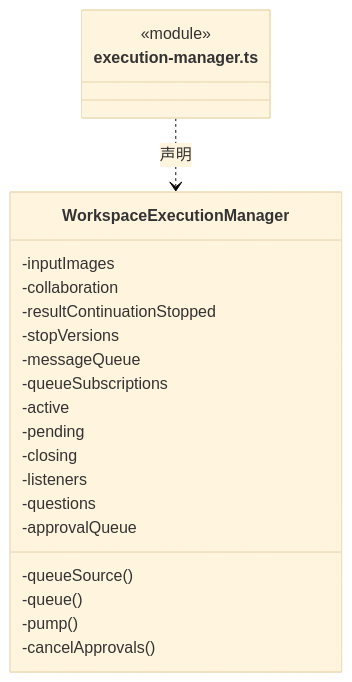
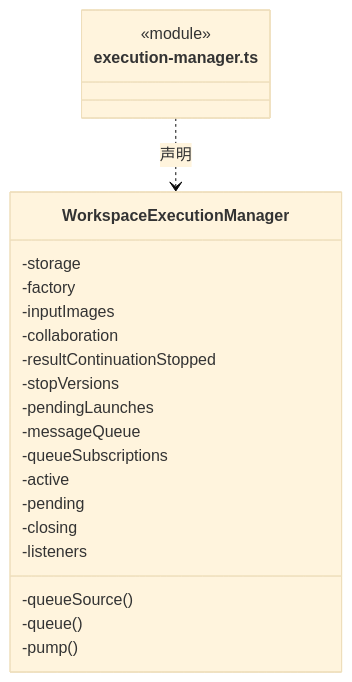
Before and after one commit to nan023062/cbim: the eighth of 29 diagrams in src/backend/scheduler-engine/execution/ARCHITECTURE.md, drawn with Mermaid (base theme). The commit also changed other lines of this file and 60 other files, not shown here.

````diff
--- a/src/backend/scheduler-engine/execution/ARCHITECTURE.md
+++ b/src/backend/scheduler-engine/execution/ARCHITECTURE.md
@@ -267,25 +275,25 @@
 ```mermaid
 classDiagram
 class N_src_backend_scheduler_engine_execution_execution_manager_ts["execution-manager.ts"] {
   <<module>>
 }
 class N_src_backend_scheduler_engine_execution_execution_manager_ts_WorkspaceExecutionManager["WorkspaceExecutionManager"] {
+  -storage
+  -factory
   -inputImages
   -collaboration
   -resultContinuationStopped
   -stopVersions
+  -pendingLaunches
   -messageQueue
   -queueSubscriptions
   -queueSource()
   -queue()
   -pump()
   -active
   -pending
   -closing
   -listeners
-  -questions
-  -approvalQueue
-  -cancelApprovals()
 }
 N_src_backend_scheduler_engine_execution_execution_manager_ts ..> N_src_backend_scheduler_engine_execution_execution_manager_ts_WorkspaceExecutionManager : 声明
 ```
````
